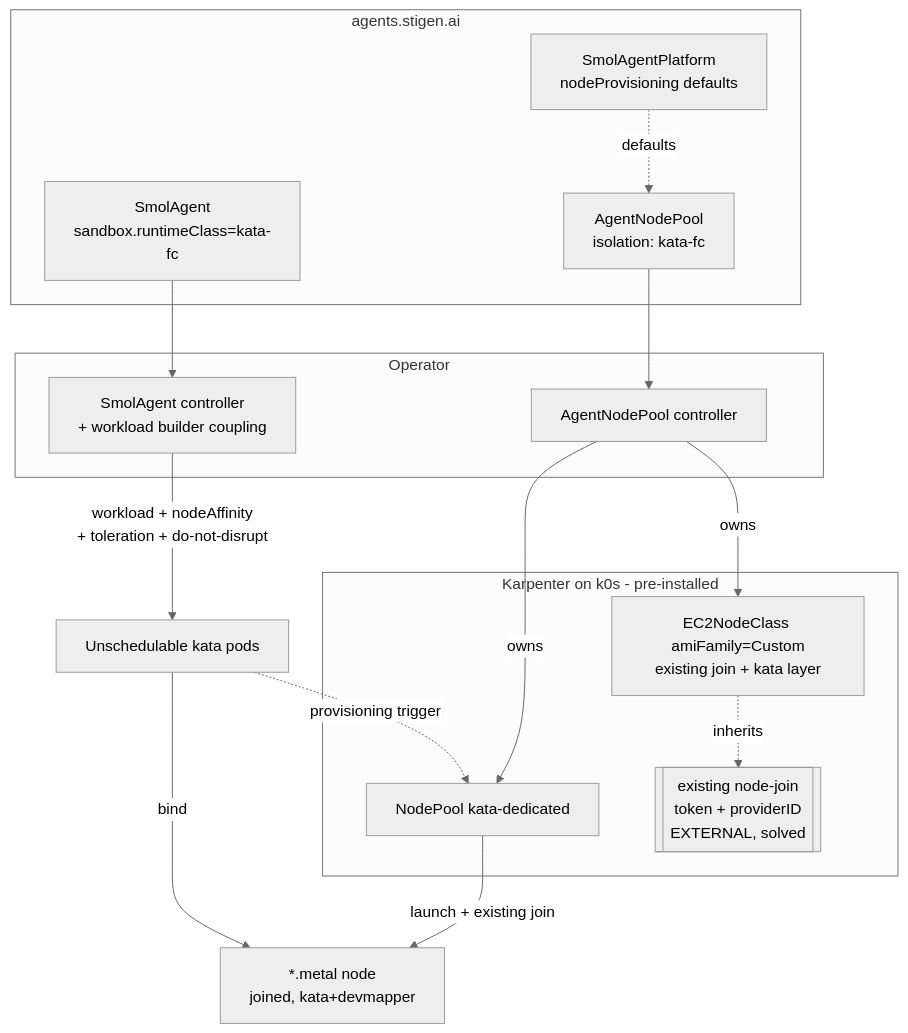
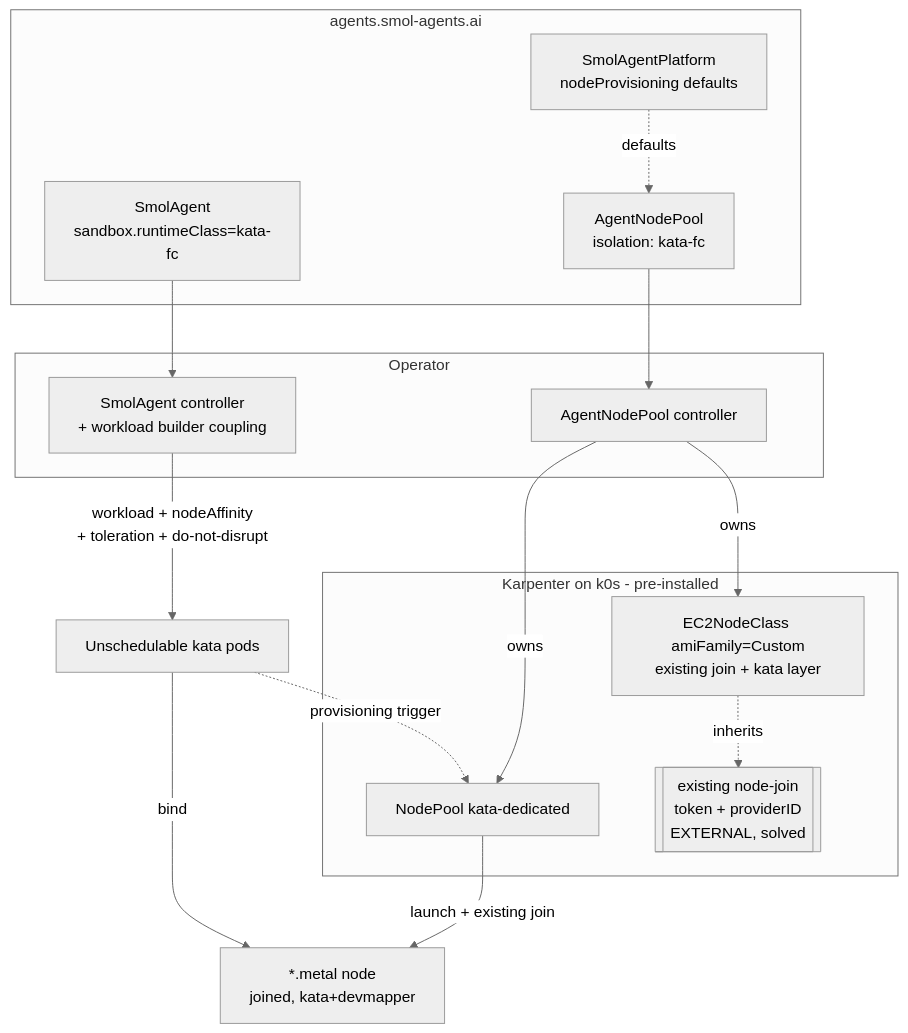
Before and after one commit to smol-platform/smol-agents: the diagram in docs/design/agent-platform.md, drawn with Mermaid (neutral theme). The commit also changed other lines of this file and 290 other files, not shown here.

First line of the commit message:
chore: remove stigen branding (-> smol-platform / smol-agents.ai)

````diff
--- a/docs/design/agent-platform.md
+++ b/docs/design/agent-platform.md
@@ -145,30 +145,30 @@
 ```mermaid
 graph TD
-    subgraph User_API[agents.stigen.ai]
+    subgraph User_API[agents.smol-agents.ai]
         KNAP[SmolAgentPlatform<br/>nodeProvisioning defaults]
         ANP[AgentNodePool<br/>isolation: kata-fc]
         KNA[SmolAgent<br/>sandbox.runtimeClass=kata-fc]
     end
 
     subgraph Operator
         NPC[AgentNodePool controller]
         WLC[SmolAgent controller<br/>+ workload builder coupling]
     end
 
     subgraph Karpenter[Karpenter on k0s - pre-installed]
         NP[NodePool kata-dedicated]
         ENC[EC2NodeClass amiFamily=Custom<br/>existing join + kata layer]
         JOIN[[existing node-join<br/>token + providerID<br/>EXTERNAL, solved]]
     end
 
     KNAP -. defaults .-> ANP
     ANP --> NPC
     NPC -->|owns| NP
     NPC -->|owns| ENC
     ENC -. inherits .-> JOIN
     KNA --> WLC
     WLC -->|workload + nodeAffinity<br/>+ toleration + do-not-disrupt| PODS[Unschedulable kata pods]
     PODS -. provisioning trigger .-> NP
     NP -->|launch + existing join| NODE[*.metal node<br/>joined, kata+devmapper]
     PODS -->|bind| NODE
 ```
````
